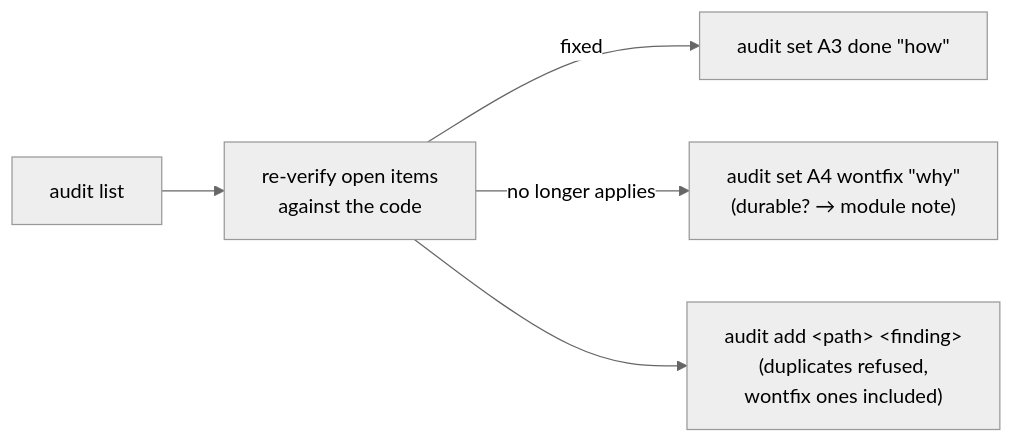
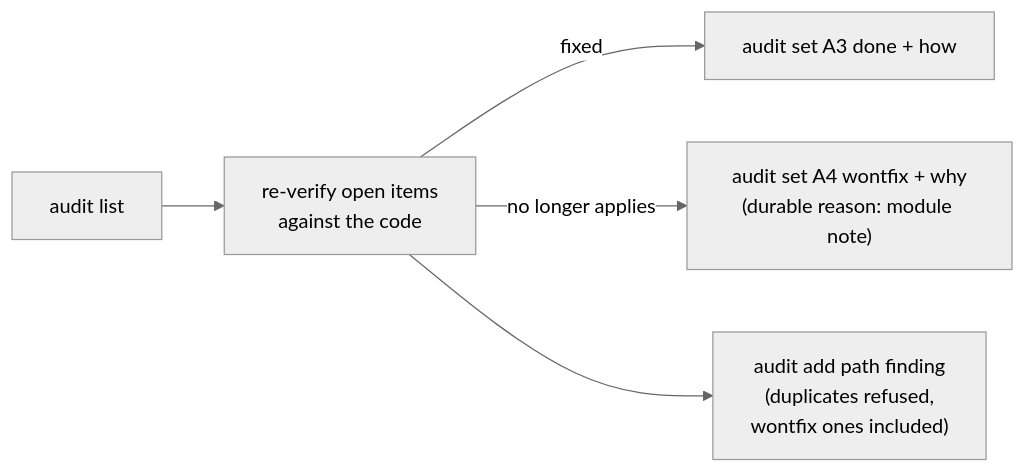
Diagram 12 of 14 in README.md (fredarcito/reins), drawn with Mermaid (neutral theme) before and after one commit. The commit also changed other lines of this file and 17 other files, not shown here.

````diff
--- a/README.md
+++ b/README.md
@@ -432,7 +442,7 @@
 ```mermaid
 flowchart LR
     list["audit list"] --> recheck["re-verify open items<br/>against the code"]
-    recheck -- "fixed" --> done["audit set A3 done &quot;how&quot;"]
-    recheck -- "no longer applies" --> wont["audit set A4 wontfix &quot;why&quot;<br/>(durable? → module note)"]
-    recheck --> add["audit add &lt;path&gt; &lt;finding&gt;<br/>(duplicates refused,<br/>wontfix ones included)"]
+    recheck -- "fixed" --> done["audit set A3 done + how"]
+    recheck -- "no longer applies" --> wont["audit set A4 wontfix + why<br/>(durable reason: module note)"]
+    recheck --> add["audit add path finding<br/>(duplicates refused,<br/>wontfix ones included)"]
 ```
````
